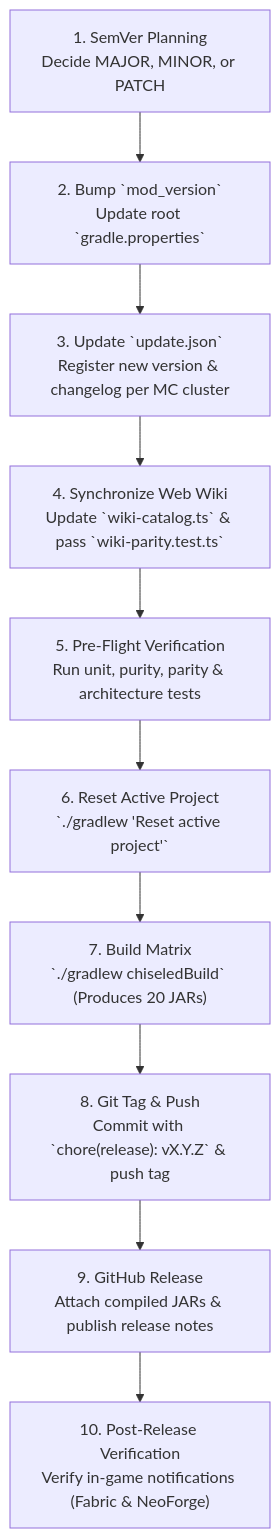
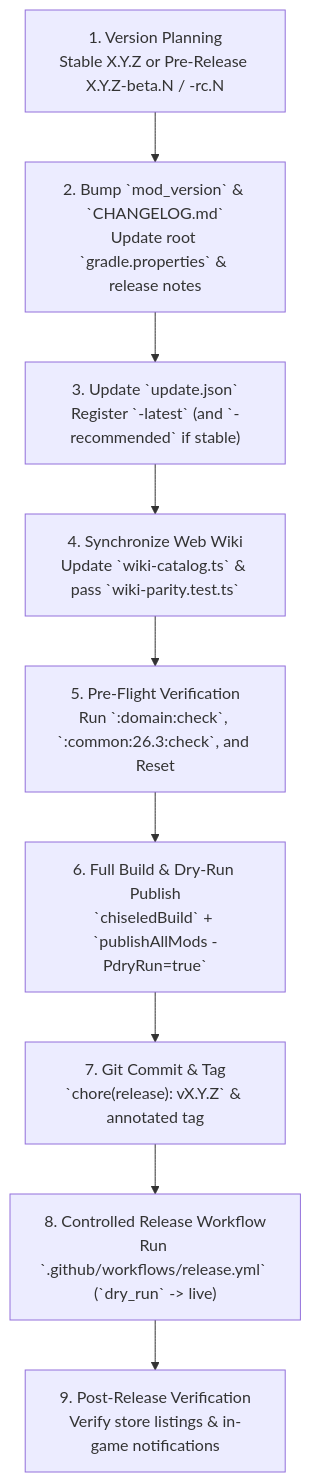
The diagram in RELEASING.md (MARS42/afkraft-companion-mod), drawn with Mermaid before and after one commit. The commit also changed other lines of this file and 28 other files, not shown here.

Commit message:
chore(release): add mod publishing workflow

````diff
--- a/RELEASING.md
+++ b/RELEASING.md
@@ -11,12 +11,11 @@
 ```mermaid
 flowchart TD
-    A["1. SemVer Planning<br/>Decide MAJOR, MINOR, or PATCH"] --> B["2. Bump `mod_version`<br/>Update root `gradle.properties`"]
-    B --> C["3. Update `update.json`<br/>Register new version & changelog per MC cluster"]
+    A["1. Version Planning<br/>Stable X.Y.Z or Pre-Release X.Y.Z-beta.N / -rc.N"] --> B["2. Bump `mod_version` & `CHANGELOG.md`<br/>Update root `gradle.properties` & release notes"]
+    B --> C["3. Update `update.json`<br/>Register `-latest` (and `-recommended` if stable)"]
     C --> W["4. Synchronize Web Wiki<br/>Update `wiki-catalog.ts` & pass `wiki-parity.test.ts`"]
-    W --> D["5. Pre-Flight Verification<br/>Run unit, purity, parity & architecture tests"]
-    D --> E["6. Reset Active Project<br/>`./gradlew 'Reset active project'`"]
-    E --> F["7. Build Matrix<br/>`./gradlew chiseledBuild` (Produces 20 JARs)"]
-    F --> G["8. Git Tag & Push<br/>Commit with `chore(release): vX.Y.Z` & push tag"]
-    G --> H["9. GitHub Release<br/>Attach compiled JARs & publish release notes"]
-    H --> I["10. Post-Release Verification<br/>Verify in-game notifications (Fabric & NeoForge)"]
+    W --> D["5. Pre-Flight Verification<br/>Run `:domain:check`, `:common:26.3:check`, and Reset"]
+    D --> E["6. Full Build & Dry-Run Publish<br/>`chiseledBuild` + `publishAllMods -PdryRun=true`"]
+    E --> F["7. Git Commit & Tag<br/>`chore(release): vX.Y.Z` & annotated tag"]
+    F --> G["8. Controlled Release Workflow<br/>Run `.github/workflows/release.yml` (`dry_run` -> live)"]
+    G --> H["9. Post-Release Verification<br/>Verify store listings & in-game notifications"]
 ```
````
